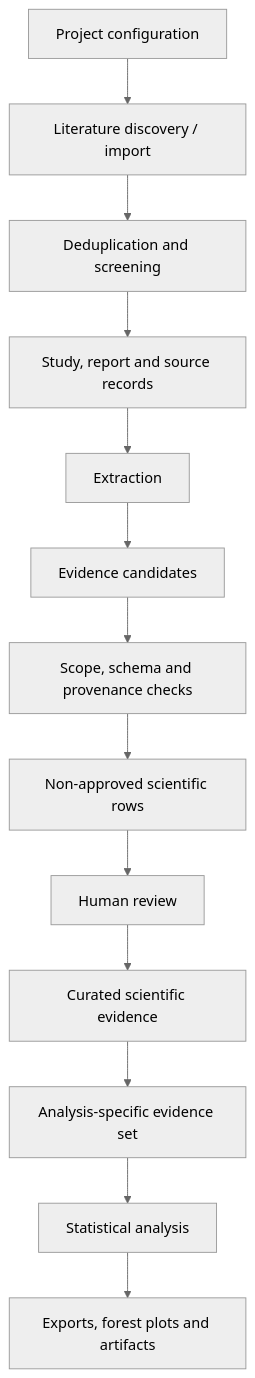
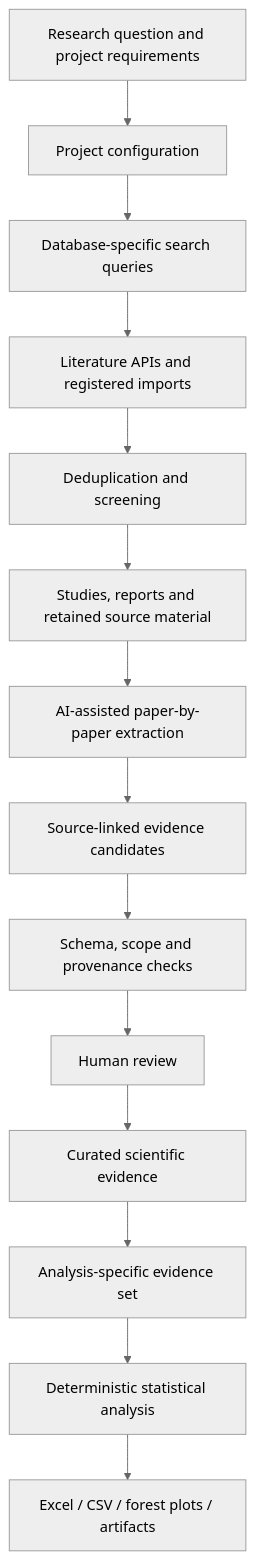
The diagram in docs/architecture.md (Niedharsan/meta-analysis-platform), drawn with Mermaid (neutral theme) before and after one commit. The commit also changed other lines of this file, not shown here.

Commit message:
Rewrite architecture around actual review workflow

````diff
--- a/docs/architecture.md
+++ b/docs/architecture.md
@@ -7,15 +7,16 @@
 ```mermaid
 flowchart TD
-    A[Project configuration] --> B[Literature discovery / import]
-    B --> C[Deduplication and screening]
-    C --> D[Study, report and source records]
-    D --> E[Extraction]
-    E --> F[Evidence candidates]
-    F --> G[Scope, schema and provenance checks]
-    G --> H[Non-approved scientific rows]
-    H --> I[Human review]
-    I --> J[Curated scientific evidence]
-    J --> K[Analysis-specific evidence set]
-    K --> L[Statistical analysis]
-    L --> M[Exports, forest plots and artifacts]
+    A[Research question and project requirements] --> B[Project configuration]
+    B --> C[Database-specific search queries]
+    C --> D[Literature APIs and registered imports]
+    D --> E[Deduplication and screening]
+    E --> F[Studies, reports and retained source material]
+    F --> G[AI-assisted paper-by-paper extraction]
+    G --> H[Source-linked evidence candidates]
+    H --> I[Schema, scope and provenance checks]
+    I --> J[Human review]
+    J --> K[Curated scientific evidence]
+    K --> L[Analysis-specific evidence set]
+    L --> M[Deterministic statistical analysis]
+    M --> N[Excel / CSV / forest plots / artifacts]
 ```
````
